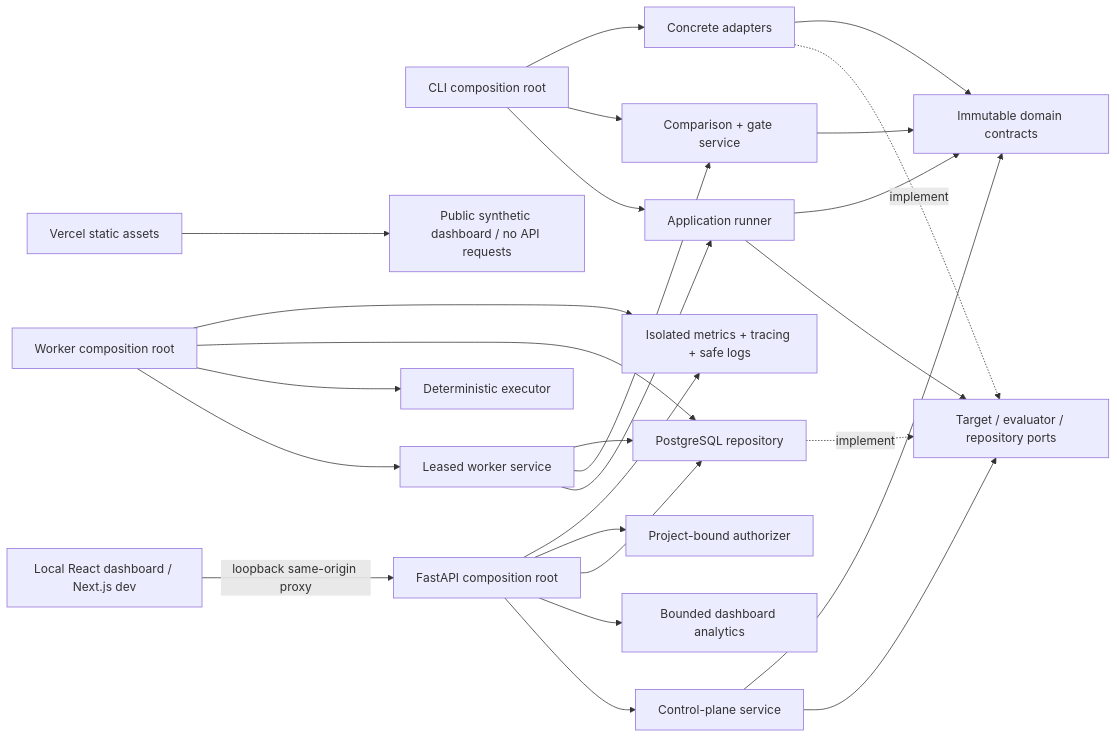
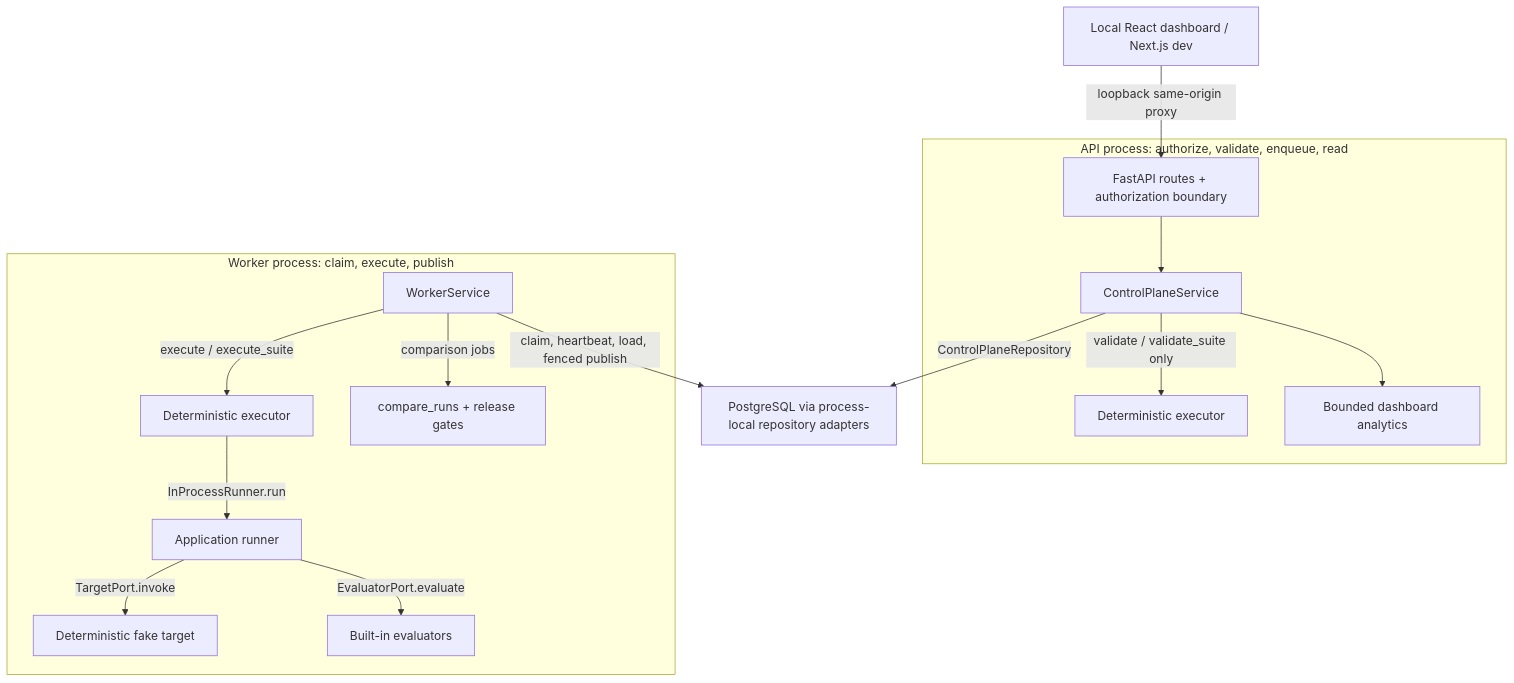
One commit to idevelopAI/llm-eval-control-plane changed the first of 7 diagrams in docs/architecture.md. Above: the diagram before and after it, drawn with Mermaid. The commit also changed other lines of this file, not shown here.

Commit message:
docs: align architecture diagrams with execution and persistence boundaries

````diff
--- a/docs/architecture.md
+++ b/docs/architecture.md
@@ -47,28 +53,18 @@
 ```mermaid
-flowchart LR
-    CLI["CLI composition root"] --> RUNNER["Application runner"]
-    CLI --> COMPARE["Comparison + gate service"]
-    CLI --> ADAPTERS["Concrete adapters"]
-    API["FastAPI composition root"] --> CONTROL["Control-plane service"]
+flowchart TB
     DASHBOARD["Local React dashboard / Next.js dev"] -->|loopback same-origin proxy| API
-    HOSTED["Vercel static assets"] --> FIXTURE["Public synthetic dashboard / no API requests"]
-    API --> ANALYTICS["Bounded dashboard analytics"]
-    API --> DB["PostgreSQL repository"]
-    API --> AUTH["Project-bound authorizer"]
-    API --> TELEMETRY["Isolated metrics + tracing + safe logs"]
-    WORKER["Worker composition root"] --> ORCHESTRATE["Leased worker service"]
-    WORKER --> EXECUTOR["Deterministic executor"]
-    WORKER --> DB
-    WORKER --> TELEMETRY
-    ORCHESTRATE --> RUNNER
-    ORCHESTRATE --> COMPARE
-    ORCHESTRATE --> DB
-    RUNNER --> PORTS["Target / evaluator / repository ports"]
-    RUNNER --> DOMAIN["Immutable domain contracts"]
-    COMPARE --> DOMAIN
-    CONTROL --> PORTS
-    CONTROL --> DOMAIN
-    DB -. implement .-> PORTS
-    ADAPTERS -. implement .-> PORTS
-    ADAPTERS --> DOMAIN
+    subgraph API_PROCESS["API process: authorize, validate, enqueue, read"]
+        API["FastAPI routes + authorization boundary"] --> CONTROL["ControlPlaneService"]
+        CONTROL -->|validate / validate_suite only| VALIDATE["Deterministic executor"]
+        CONTROL --> ANALYTICS["Bounded dashboard analytics"]
+    end
+    CONTROL -->|ControlPlaneRepository| DB["PostgreSQL via process-local repository adapters"]
+    subgraph WORKER_PROCESS["Worker process: claim, execute, publish"]
+        WORKER["WorkerService"] -->|execute / execute_suite| EXECUTOR["Deterministic executor"]
+        EXECUTOR -->|InProcessRunner.run| RUNNER["Application runner"]
+        WORKER -->|comparison jobs| COMPARE["compare_runs + release gates"]
+        RUNNER -->|TargetPort.invoke| TARGET["Deterministic fake target"]
+        RUNNER -->|EvaluatorPort.evaluate| EVALUATORS["Built-in evaluators"]
+    end
+    WORKER -->|claim, heartbeat, load, fenced publish| DB
 ```
````
